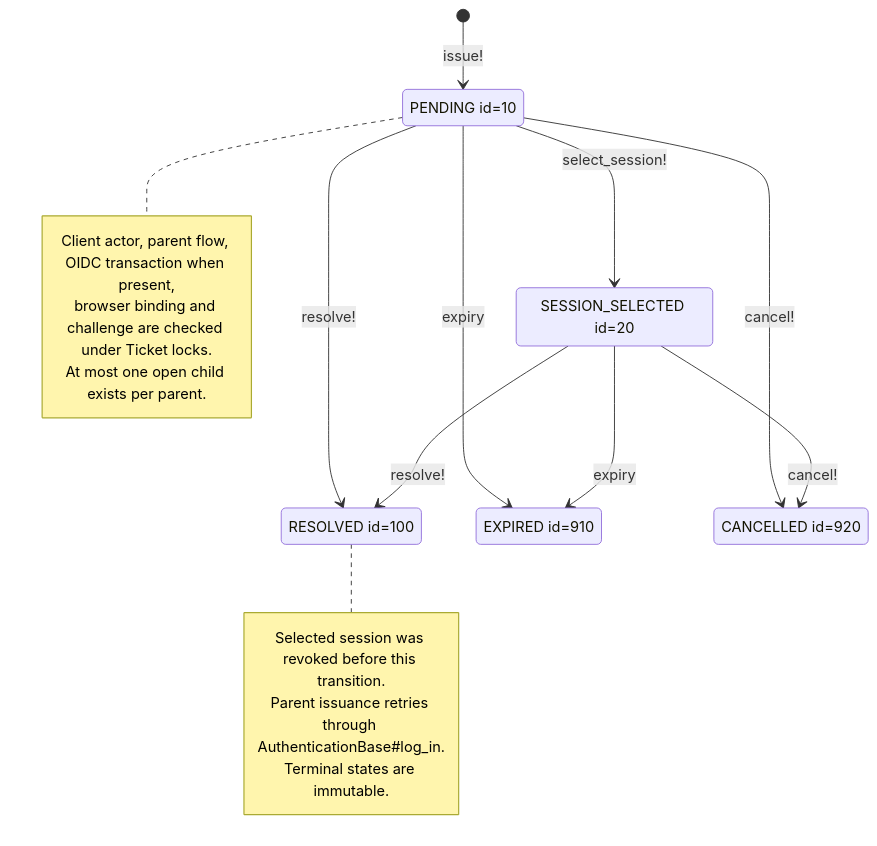
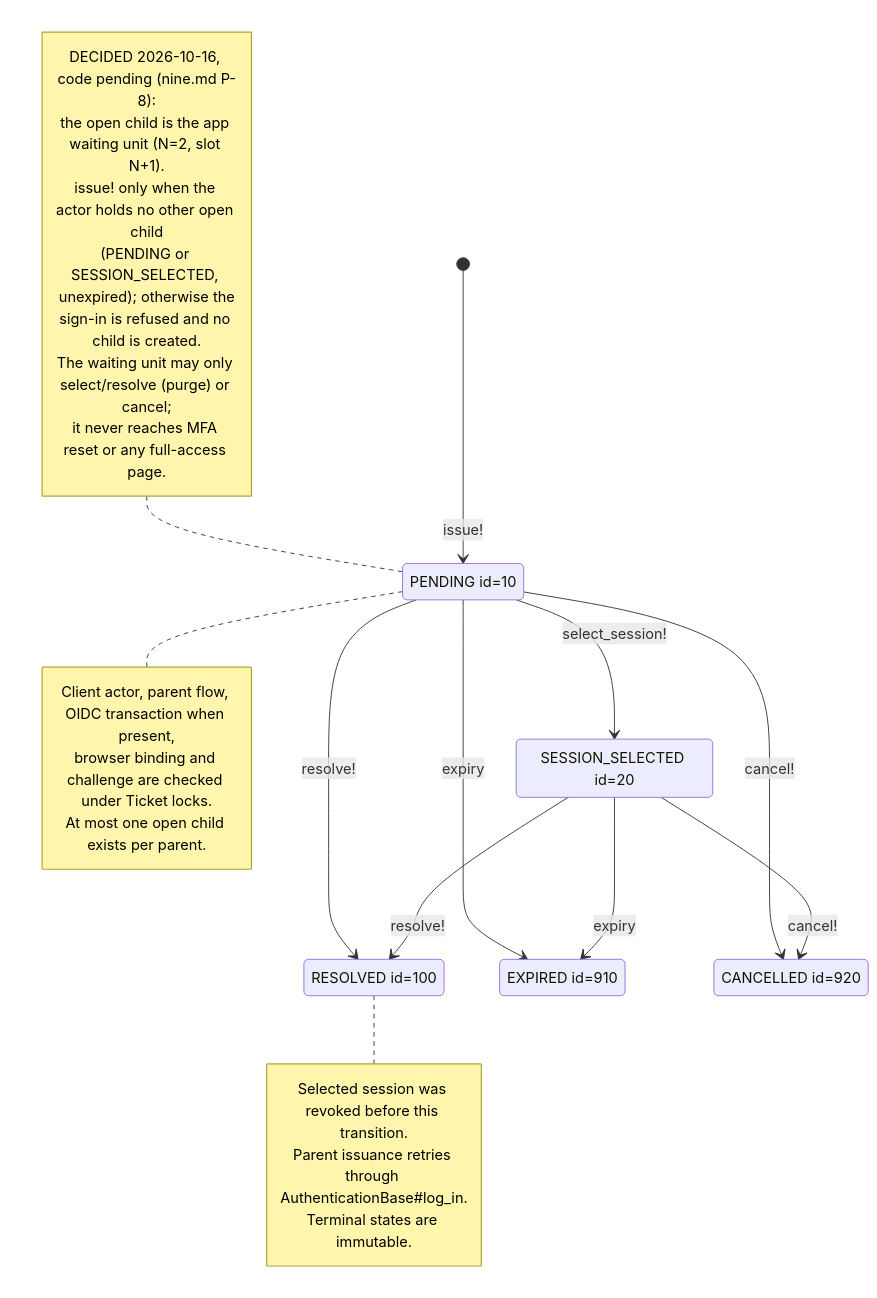
One commit to seahal/umaxica-apps-jit-global changed the diagram in docs/mermaid/idp-client-session-limit-resolution.mmd. Above: the diagram before and after it, drawn with Mermaid. The commit also changed 81 other files, not shown here.

```diff
--- a/docs/mermaid/idp-client-session-limit-resolution.mmd
+++ b/docs/mermaid/idp-client-session-limit-resolution.mmd
@@ -1,27 +1,36 @@
 stateDiagram-v2
     %% Durable child of ClientSignInFlow; the parent stays SESSION_ISSUANCE_PENDING.
     state "PENDING id=10" as PENDING
     state "SESSION_SELECTED id=20" as SESSION_SELECTED
     state "RESOLVED id=100" as RESOLVED
     state "EXPIRED id=910" as EXPIRED
     state "CANCELLED id=920" as CANCELLED
 
     [*] --> PENDING: issue!
     PENDING --> SESSION_SELECTED: select_session!
     PENDING --> RESOLVED: resolve!
     PENDING --> EXPIRED: expiry
     PENDING --> CANCELLED: cancel!
     SESSION_SELECTED --> RESOLVED: resolve!
     SESSION_SELECTED --> EXPIRED: expiry
     SESSION_SELECTED --> CANCELLED: cancel!
 
     note right of PENDING
         Client actor, parent flow, OIDC transaction when present,
         browser binding and challenge are checked under Ticket locks.
         At most one open child exists per parent.
     end note
+    note left of PENDING
+        DECIDED 2026-10-16, code pending (nine.md P-8):
+        the open child is the app waiting unit (N=2, slot N+1).
+        issue! only when the actor holds no other open child
+        (PENDING or SESSION_SELECTED, unexpired); otherwise the
+        sign-in is refused and no child is created.
+        The waiting unit may only select/resolve (purge) or cancel;
+        it never reaches MFA reset or any full-access page.
+    end note
     note right of RESOLVED
         Selected session was revoked before this transition.
         Parent issuance retries through AuthenticationBase#log_in.
         Terminal states are immutable.
     end note
```
